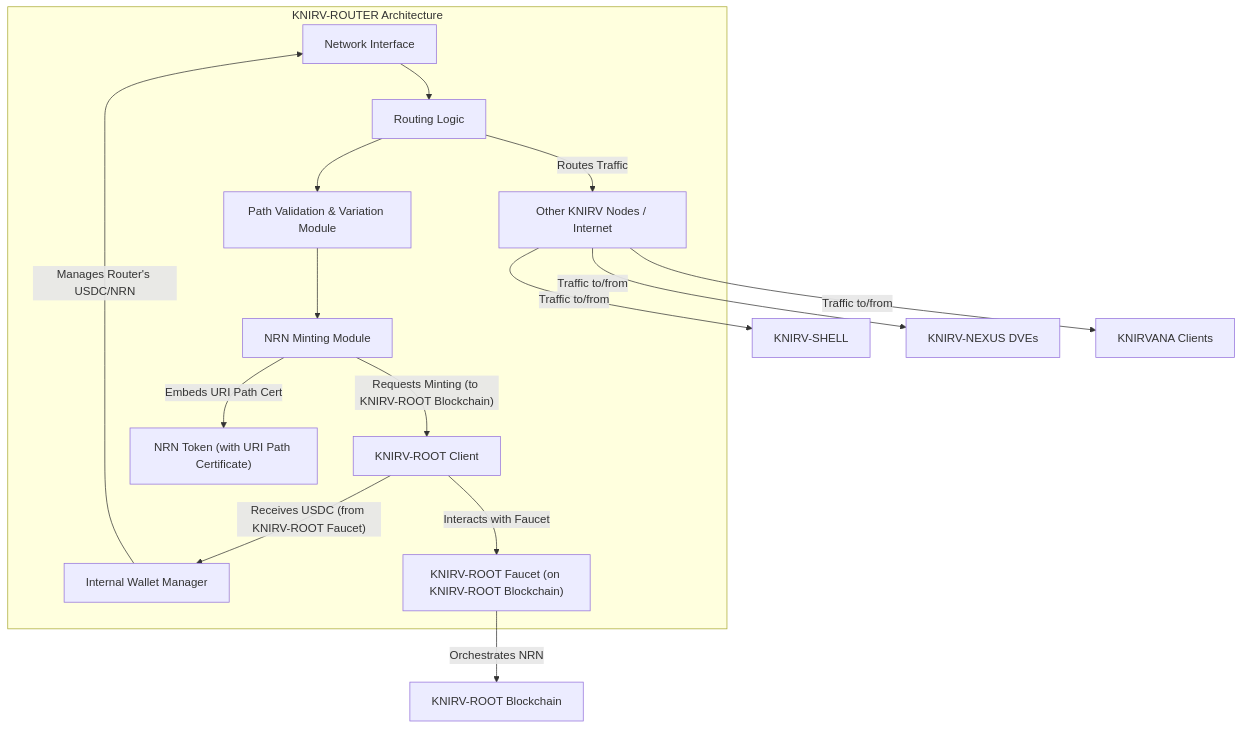
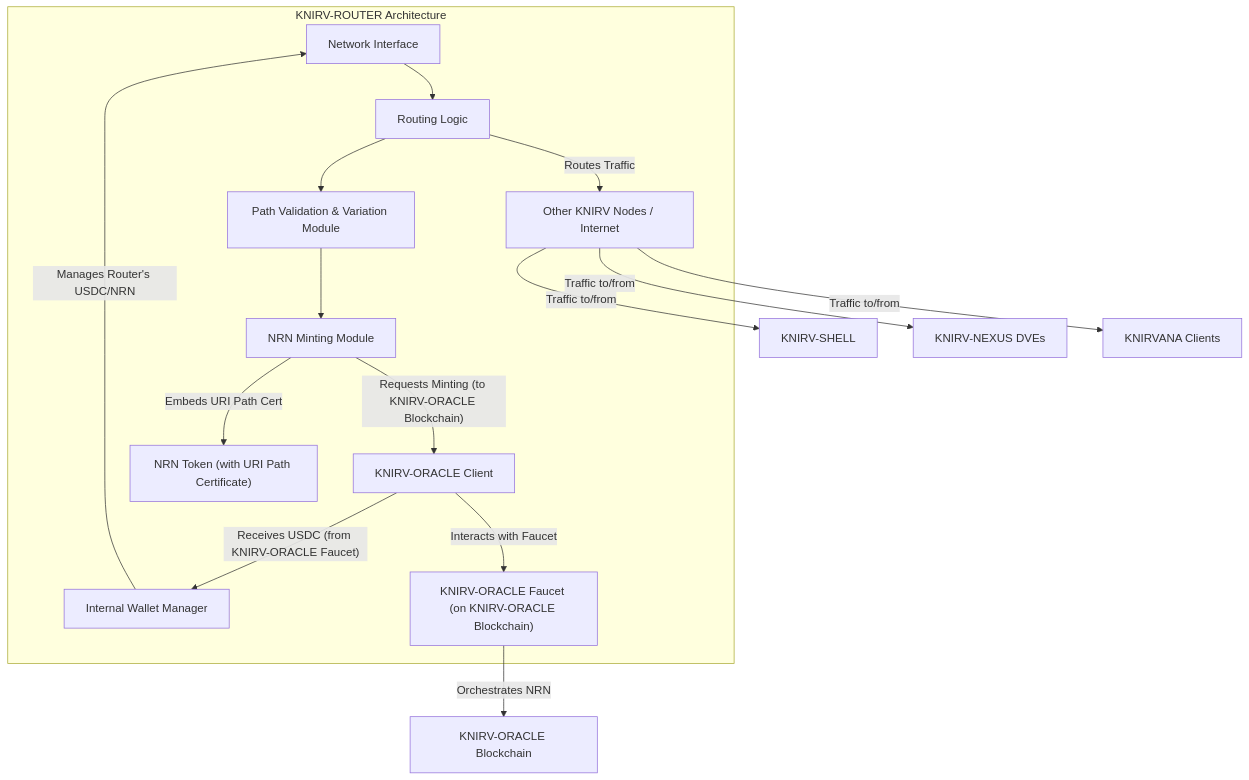
One commit to guiperry/KNIRV_NETWORK changed the diagram in KNIRVGATEWAY/documentation/docsify/whitepapers/KNIRV-ROUTER_Whitepaper.md. Above: the diagram before and after it, drawn with Mermaid. The commit also changed other lines of this file and 1956 other files, not shown here.

````diff
--- a/KNIRVGATEWAY/documentation/docsify/whitepapers/KNIRV-ROUTER_Whitepaper.md
+++ b/KNIRVGATEWAY/documentation/docsify/whitepapers/KNIRV-ROUTER_Whitepaper.md
@@ -56,20 +56,20 @@
 ```mermaid
 graph TD
     subgraph KNIRV-ROUTER Architecture
         NI[Network Interface] --> R[Routing Logic]
         R --> PV[Path Validation & Variation Module]
         PV --> NM[NRN Minting Module]
-        NM -- "Requests Minting (to KNIRV-ROOT Blockchain)" --> KRC[KNIRV-ROOT Client]
-        KRC -- "Receives USDC (from KNIRV-ROOT Faucet)" --> WM[Internal Wallet Manager]
+        NM -- "Requests Minting (to KNIRV-ORACLE Blockchain)" --> KRC[KNIRV-ORACLE Client]
+        KRC -- "Receives USDC (from KNIRV-ORACLE Faucet)" --> WM[Internal Wallet Manager]
         WM -- "Manages Router's USDC/NRN" --> NI
 
         R -- "Routes Traffic" --> OtherNodes[Other KNIRV Nodes / Internet]
         NM -- "Embeds URI Path Cert" --> NRN_Token["NRN Token (with URI Path Certificate)"]
-        KRC -- "Interacts with Faucet" --> KRF["KNIRV-ROOT Faucet (on KNIRV-ROOT Blockchain)"]
+        KRC -- "Interacts with Faucet" --> KRF["KNIRV-ORACLE Faucet (on KNIRV-ORACLE Blockchain)"]
     end
 
     OtherNodes -- "Traffic to/from" --> KNIRV_SHELL[KNIRV-SHELL]
     OtherNodes -- "Traffic to/from" --> KNIRV_NEXUS[KNIRV-NEXUS DVEs]
     OtherNodes -- "Traffic to/from" --> KNIRVANA[KNIRVANA Clients]
-    KRF -- "Orchestrates NRN" --> KNIRV_ROOT[KNIRV-ROOT Blockchain]
+    KRF -- "Orchestrates NRN" --> KNIRV_ROOT[KNIRV-ORACLE Blockchain]
 ```
````
